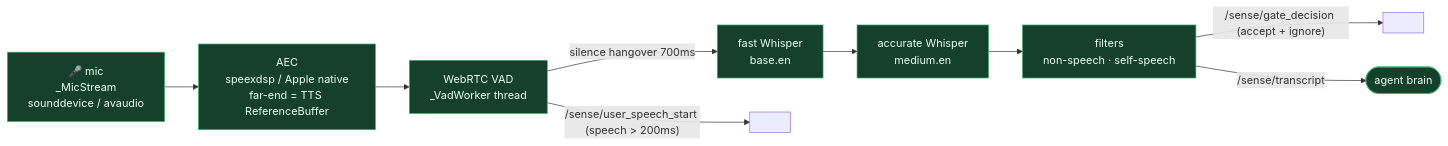
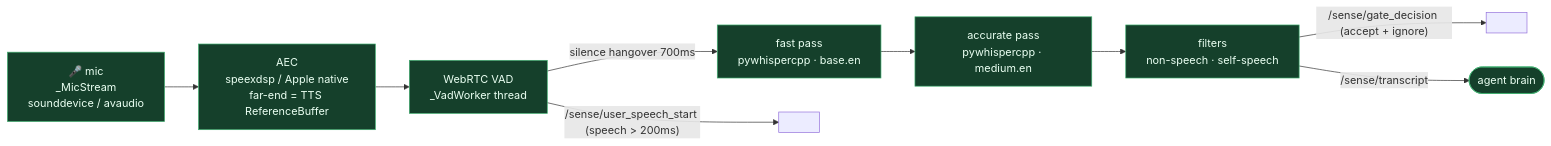
Before and after one commit to JenkinsRobotics/JROS: the diagram in docs/infographic/voice_in_asr.md, drawn with Mermaid. The commit also changed other lines of this file and 1 other file, not shown here.

Commit message:
Infographic: correct STT wording — pywhispercpp, not 'dual-Whisper'
The library is pywhispercpp (whisper.cpp); 'dual' was sloppy shorthand for the
two-pass cascade of two model sizes (base.en fast -> medium.en accurate), both
via pywhispercpp. continuous mode = single base.en. Reworded in voice_in_asr.md
+ the README table/master diagram. Not pushed.

````diff
--- a/docs/infographic/voice_in_asr.md
+++ b/docs/infographic/voice_in_asr.md
@@ -5,19 +5,19 @@
 ```mermaid
 flowchart LR
     mic["🎤 mic<br/>_MicStream<br/>sounddevice / avaudio"]
     aec["AEC<br/>speexdsp / Apple native<br/>far-end = TTS ReferenceBuffer"]
     vad["WebRTC VAD<br/>_VadWorker thread"]
-    fast["fast Whisper<br/>base.en"]
-    acc["accurate Whisper<br/>medium.en"]
+    fast["fast pass<br/>pywhispercpp · base.en"]
+    acc["accurate pass<br/>pywhispercpp · medium.en"]
     filt["filters<br/>non-speech · self-speech"]
     agent(["agent brain"])
 
     mic --> aec --> vad
     vad -->|"/sense/user_speech_start (speech > 200ms)"| mark[" "]
     vad -->|"silence hangover 700ms"| fast --> acc --> filt
     filt -->|"/sense/gate_decision (accept + ignore)"| glog[" "]
     filt -->|"/sense/transcript"| agent
 
     classDef built fill:#15402b,stroke:#3fae6f,color:#eafff2;
     class mic,aec,vad,fast,acc,filt,agent built;
 ```
````
